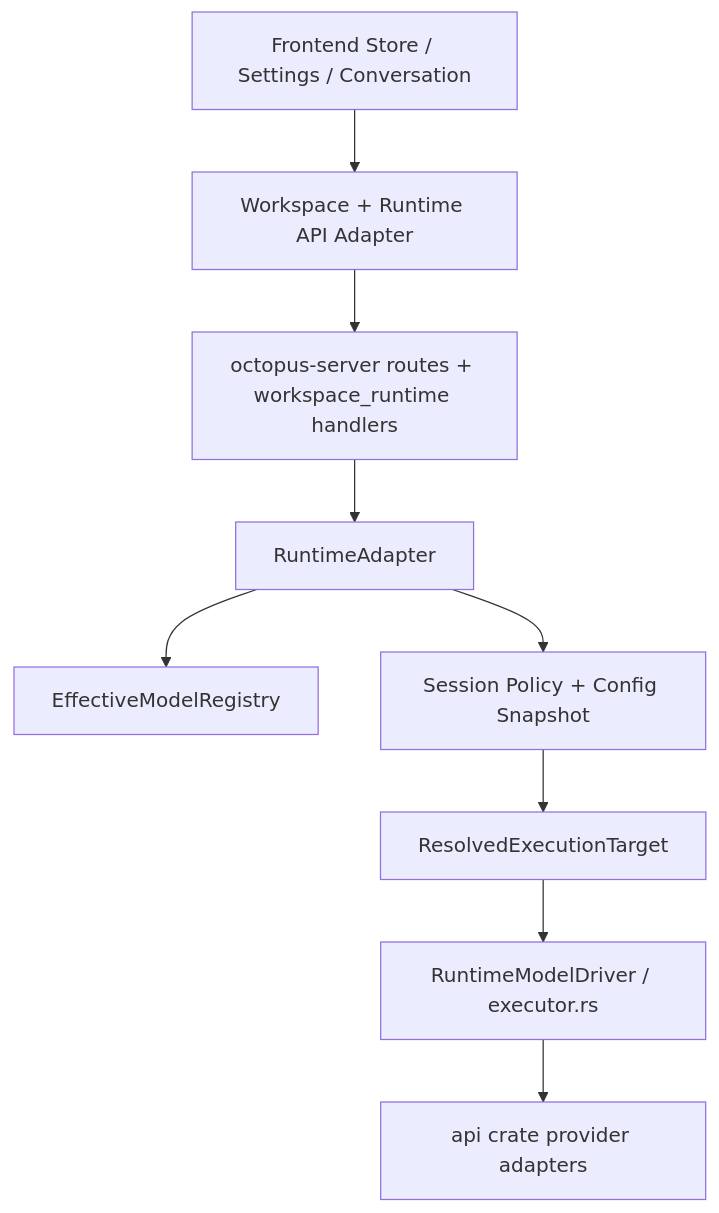
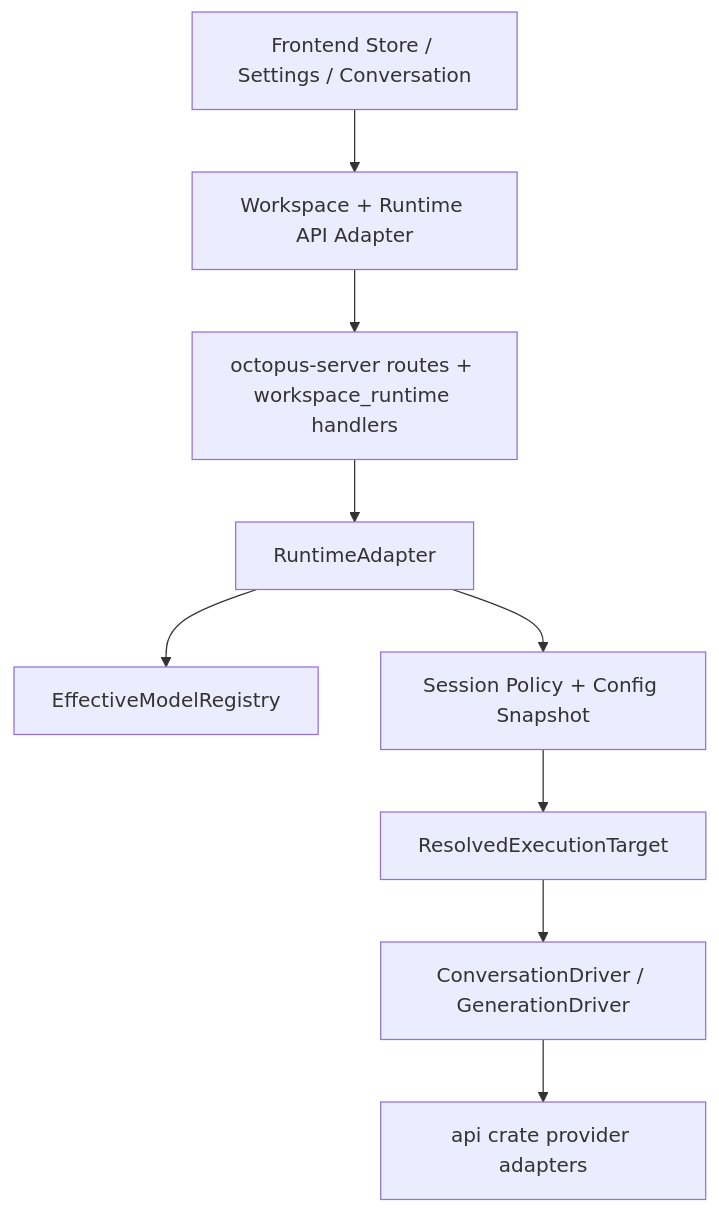
One commit to GoyacJ/octopus changed the diagram in docs/plans/model/2026-04-18-model-module-architecture.md. Above: the diagram before and after it, drawn with Mermaid. The commit also changed other lines of this file and 72 other files, not shown here.

Commit message:
Rebuild model runtime end-state architecture

````diff
--- a/docs/plans/model/2026-04-18-model-module-architecture.md
+++ b/docs/plans/model/2026-04-18-model-module-architecture.md
@@ -27,11 +27,11 @@
 ```mermaid
 flowchart TD
     A["Frontend Store / Settings / Conversation"] --> B["Workspace + Runtime API Adapter"]
     B --> C["octopus-server routes + workspace_runtime handlers"]
     C --> D["RuntimeAdapter"]
     D --> E["EffectiveModelRegistry"]
     D --> F["Session Policy + Config Snapshot"]
     F --> G["ResolvedExecutionTarget"]
-    G --> H["RuntimeModelDriver / executor.rs"]
+    G --> H["ConversationDriver / GenerationDriver"]
     H --> I["api crate provider adapters"]
 ```
````
